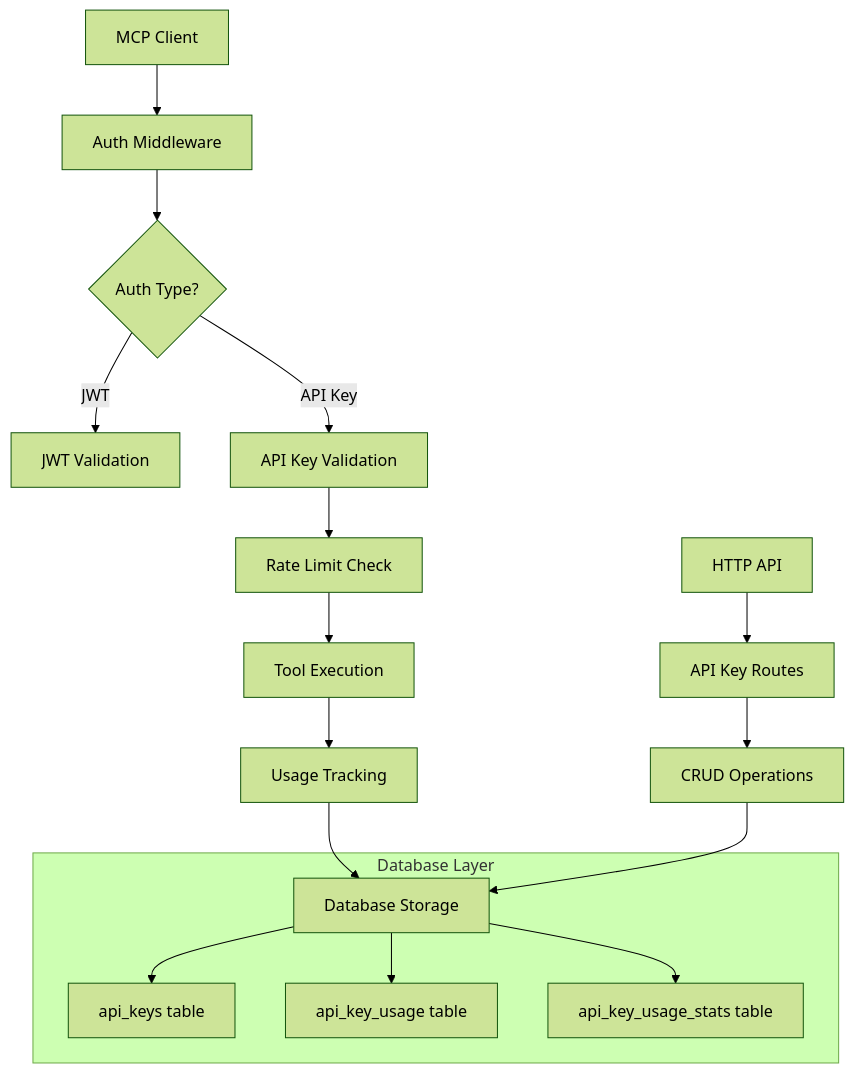
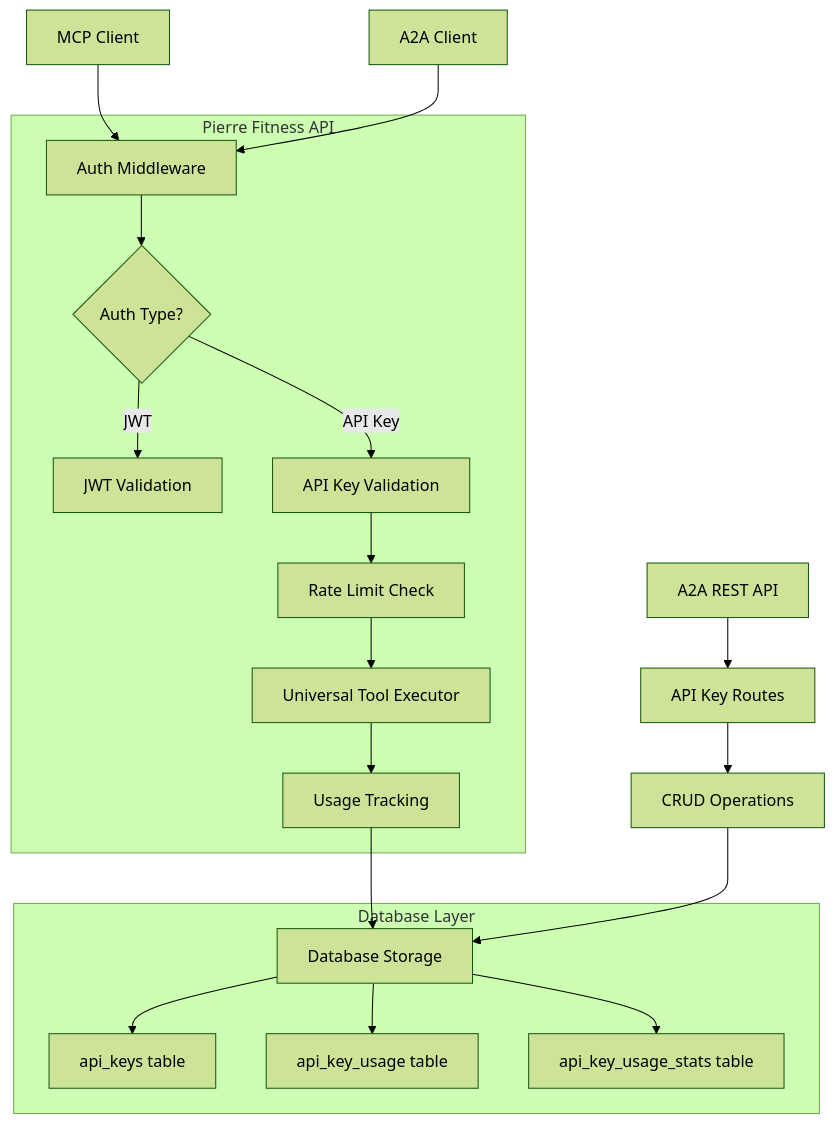
Before and after one commit to Async-IO/pierre_mcp_server: the diagram in docs/API_KEY_DESIGN.md, drawn with Mermaid (forest theme). The commit also changed 2 other files, not shown here.

Commit message:
chore: Improve documentation

````diff
--- a/docs/API_KEY_DESIGN.md
+++ b/docs/API_KEY_DESIGN.md
@@ -11,21 +11,32 @@
 ```mermaid
 graph TB
     A[MCP Client] --> B[Auth Middleware]
+    AA[A2A Client] --> B[Auth Middleware]
     B --> C{Auth Type?}
     C -->|JWT| D[JWT Validation]
     C -->|API Key| E[API Key Validation]
     E --> F[Rate Limit Check]
-    F --> G[Tool Execution]
+    F --> G[Universal Tool Executor]
     G --> H[Usage Tracking]
     H --> I[Database Storage]
     
-    J[HTTP API] --> K[API Key Routes]
+    J[A2A REST API] --> K[API Key Routes]
     K --> L[CRUD Operations]
     L --> I
+    
+    subgraph "Pierre Fitness API"
+        B
+        C
+        D
+        E
+        F
+        G
+        H
+    end
     
     subgraph "Database Layer"
         I --> M[api_keys table]
         I --> N[api_key_usage table]
         I --> O[api_key_usage_stats table]
     end
 ```
````
